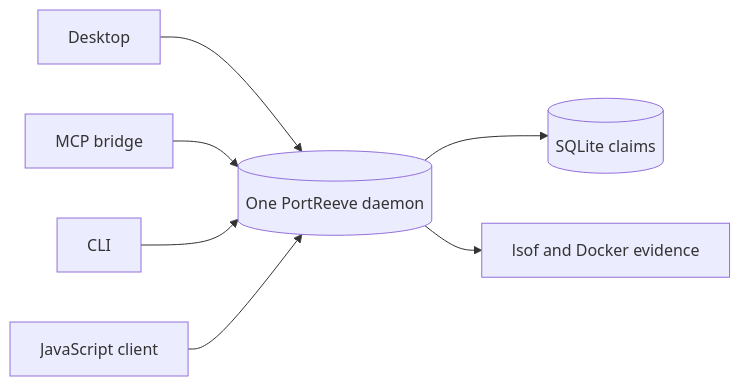
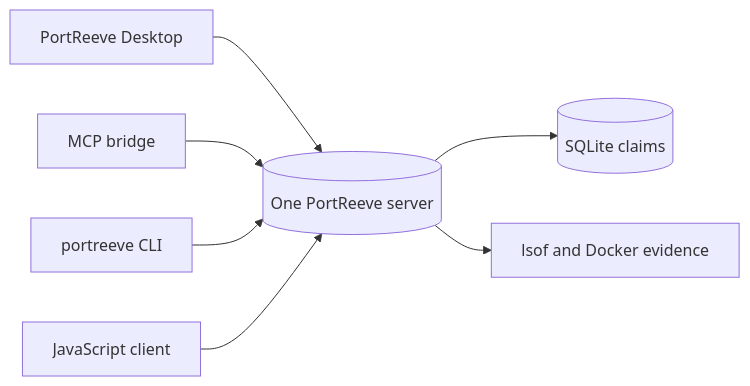
The first of 6 diagrams in README.md (TrentBrown/portreeve), drawn with Mermaid before and after one commit. The commit also changed other lines of this file and 14 other files, not shown here.

````diff
--- a/README.md
+++ b/README.md
@@ -16,9 +49,9 @@
 ```mermaid
 flowchart LR
-  Desktop[Desktop] --> Daemon[(One PortReeve daemon)]
-  MCP[MCP bridge] --> Daemon
-  CLI[CLI] --> Daemon
-  JS[JavaScript client] --> Daemon
-  Daemon --> Registry[(SQLite claims)]
-  Daemon --> Evidence[lsof and Docker evidence]
+  Desktop["PortReeve Desktop"] --> Server[("One PortReeve server")]
+  MCP["MCP bridge"] --> Server
+  CLI["portreeve CLI"] --> Server
+  JS["JavaScript client"] --> Server
+  Server --> Registry[("SQLite claims")]
+  Server --> Evidence["lsof and Docker evidence"]
 ```
````
